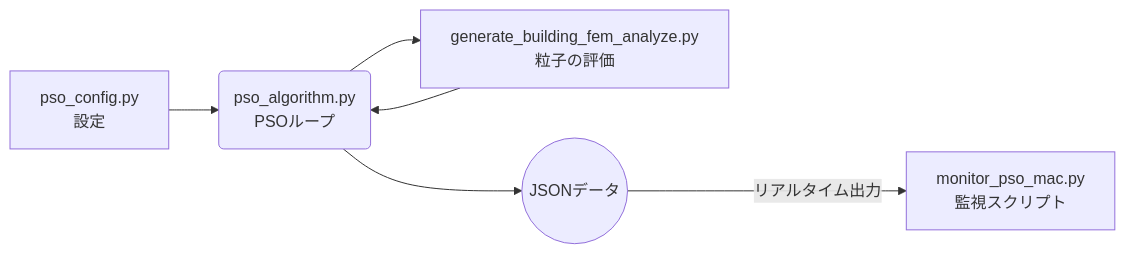
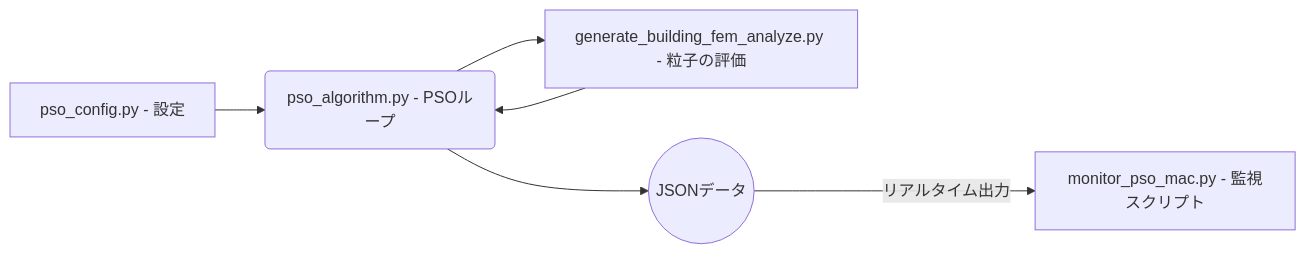
The diagram in docs/PSO_usage.md (jkushida/ai-arch), drawn with Mermaid before and after one commit. The commit also changed 3 other files, not shown here.

First line of the commit message:
Replace HTML br tags with hyphens in Mermaid diagrams for GitHub Pages compatibility 🌐

````diff
--- a/docs/PSO_usage.md
+++ b/docs/PSO_usage.md
@@ -17,8 +17,8 @@
 ```mermaid
 graph LR
-    A[pso_config.py<br/>設定] --> B(pso_algorithm.py<br/>PSOループ)
-    B --> C[generate_building_fem_analyze.py<br/>粒子の評価]
+    A[pso_config.py - 設定] --> B(pso_algorithm.py - PSOループ)
+    B --> C[generate_building_fem_analyze.py - 粒子の評価]
     C --> B
 
-    B --> D((JSONデータ)) -- リアルタイム出力 --> E[monitor_pso_mac.py<br/>監視スクリプト]
+    B --> D((JSONデータ)) -- リアルタイム出力 --> E[monitor_pso_mac.py - 監視スクリプト]
 ```
````
